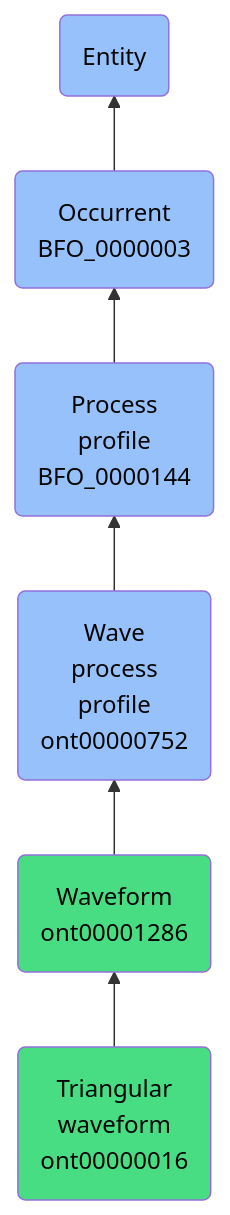
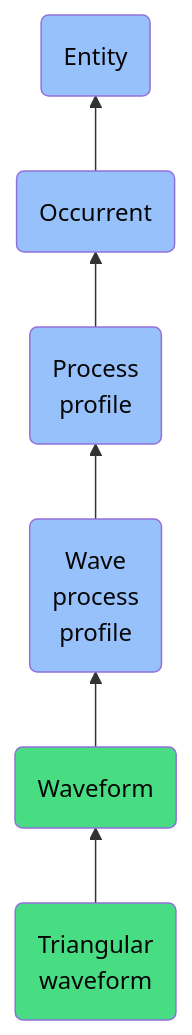
Before and after one commit to jupyter-naas/abi: the diagram in docs/ontology/reference/model/Entity/Occurrent/Process profile/Wave process profile/Waveform/Triangular waveform/Triangular waveform.md, drawn with Mermaid. The commit also changed other lines of this file and 1430 other files, not shown here.

````diff
--- a/docs/ontology/reference/model/Entity/Occurrent/Process profile/Wave process profile/Waveform/Triangular waveform/Triangular waveform.md
+++ b/docs/ontology/reference/model/Entity/Occurrent/Process profile/Wave process profile/Waveform/Triangular waveform/Triangular waveform.md
@@ -24,13 +24,13 @@
 ```mermaid
 graph BT
-    ont00000016(Triangular<br>waveform<br>ont00000016):::ABI-->ont00001286
-    ont00001286(Waveform<br>ont00001286):::ABI-->ont00000752
-    ont00000752(Wave<br>process<br>profile<br>ont00000752):::BFO-->BFO_0000144
-    BFO_0000144(Process<br>profile<br>BFO_0000144):::BFO-->BFO_0000003
-    BFO_0000003(Occurrent<br>BFO_0000003):::BFO-->BFO_0000001
+    ont00000016(Triangular<br>waveform):::ABI-->ont00001286
+    ont00001286(Waveform):::ABI-->ont00000752
+    ont00000752(Wave<br>process<br>profile):::BFO-->BFO_0000144
+    BFO_0000144(Process<br>profile):::BFO-->BFO_0000003
+    BFO_0000003(Occurrent):::BFO-->BFO_0000001
     BFO_0000001(Entity):::BFO
     
     classDef BFO fill:#97c1fb,color:#060606
     classDef CCO fill:#e4c51e,color:#060606
     classDef ABI fill:#48DD82,color:#060606
 ```
````
